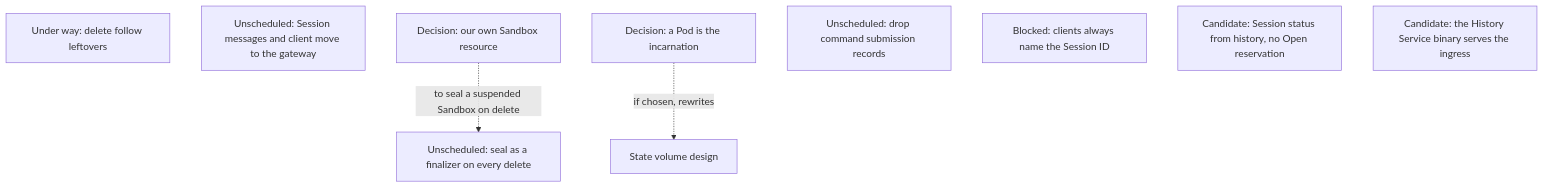
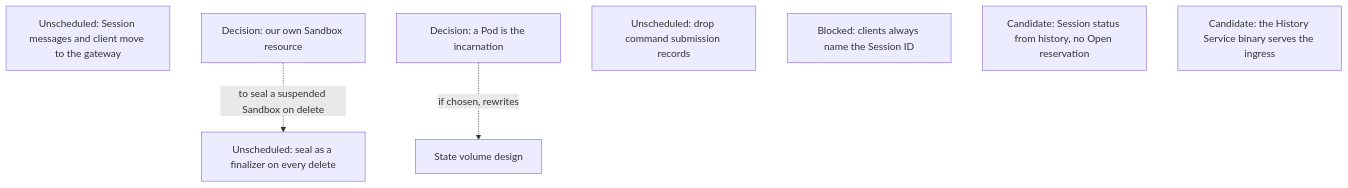
Before and after one commit to agentydragon/ducktape: diagram 12 of 13 in agentplane/plans/task_dag.md, drawn with Mermaid. The commit also changed other lines of this file and 16 other files, not shown here.

First line of the commit message:
agentplane: finish FOLLOW_PATH_RETIRE (#10001)

````diff
--- a/agentplane/plans/task_dag.md
+++ b/agentplane/plans/task_dag.md
@@ -890,14 +890,13 @@
 ```mermaid
 flowchart TD
-    FOLLOW_PATH_RETIRE[Under way: delete follow leftovers]
     GATEWAY_CLIENT_SPLIT[Unscheduled: Session messages and client move to the gateway]
     AGENTPLANE_SANDBOX_RESOURCE[Decision: our own Sandbox resource]
     POD_INCARNATION[Decision: a Pod is the incarnation]
     SEAL_FINALIZER[Unscheduled: seal as a finalizer on every delete]
     COMMAND_RECORDS_RETIRE[Unscheduled: drop command submission records]
     SESSION_ID_MINT_RETIRE[Blocked: clients always name the Session ID]
     LOOKUP_SESSION_RETIRE[Candidate: Session status from history, no Open reservation]
     HISTORY_INGRESS_SAME_BINARY[Candidate: the History Service binary serves the ingress]
     AGENTPLANE_SANDBOX_RESOURCE -. to seal a suspended Sandbox on delete .-> SEAL_FINALIZER
     POD_INCARNATION -. if chosen, rewrites .-> SESSION_STATE_VOLUME_DESIGN[State volume design]
 ```
````
